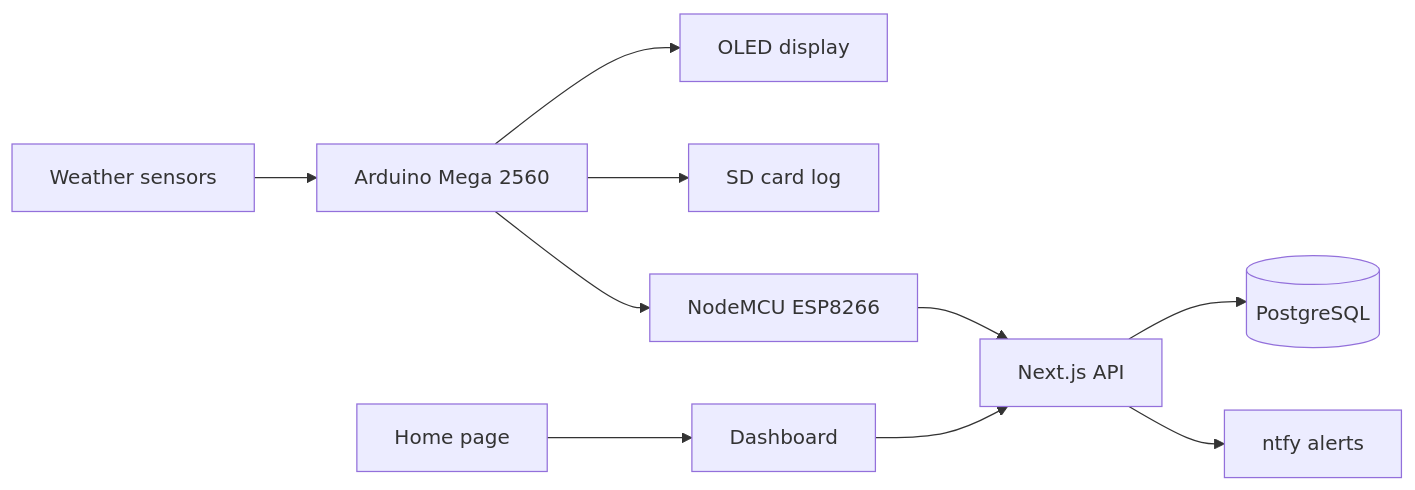
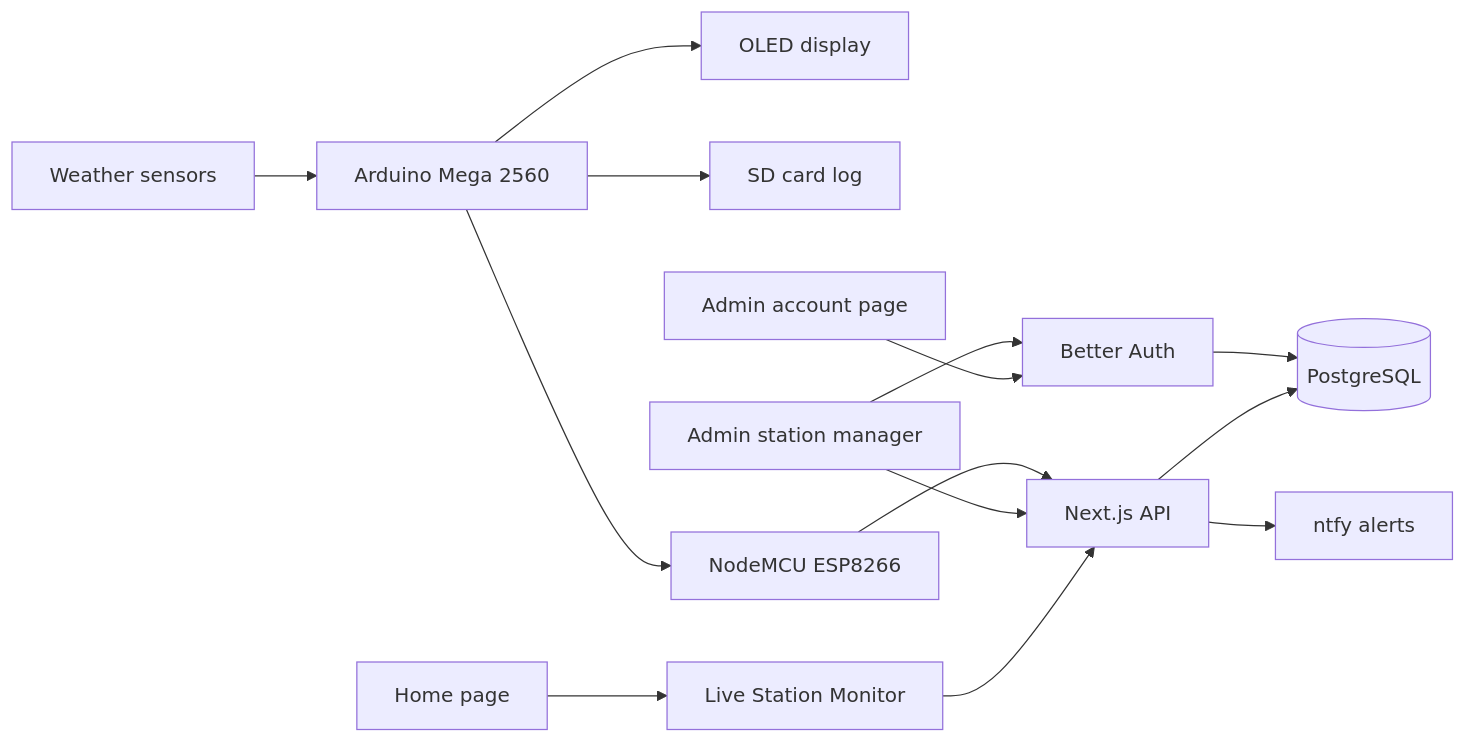
Before and after one commit to Sivothajan/weather-man2: the first of 6 diagrams in docs/diagrams.md, drawn with Mermaid. The commit also changed other lines of this file and 11 other files, not shown here.

````diff
--- a/docs/diagrams.md
+++ b/docs/diagrams.md
@@ -5,12 +5,16 @@
 ```mermaid
 flowchart LR
   Sensors[Weather sensors] --> Mega[Arduino Mega 2560]
   Mega --> Display[OLED display]
   Mega --> Storage[SD card log]
   Mega --> NodeMcu[NodeMCU ESP8266]
   NodeMcu --> Api[Next.js API]
+  Admin[Admin station manager] --> Auth[Better Auth]
+  Account[Admin account page] --> Auth
+  Admin --> Api
+  Auth --> Database
   Api --> Database[(PostgreSQL)]
   Api --> Alerts[ntfy alerts]
-  Dashboard[Dashboard] --> Api
-  Home[Home page] --> Dashboard
+  Monitor[Live Station Monitor] --> Api
+  Home[Home page] --> Monitor
 ```
````
